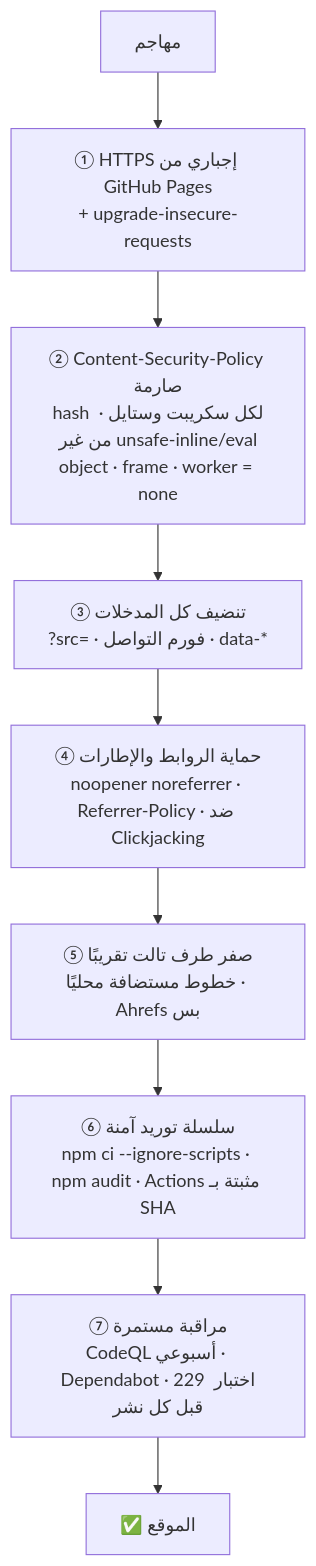
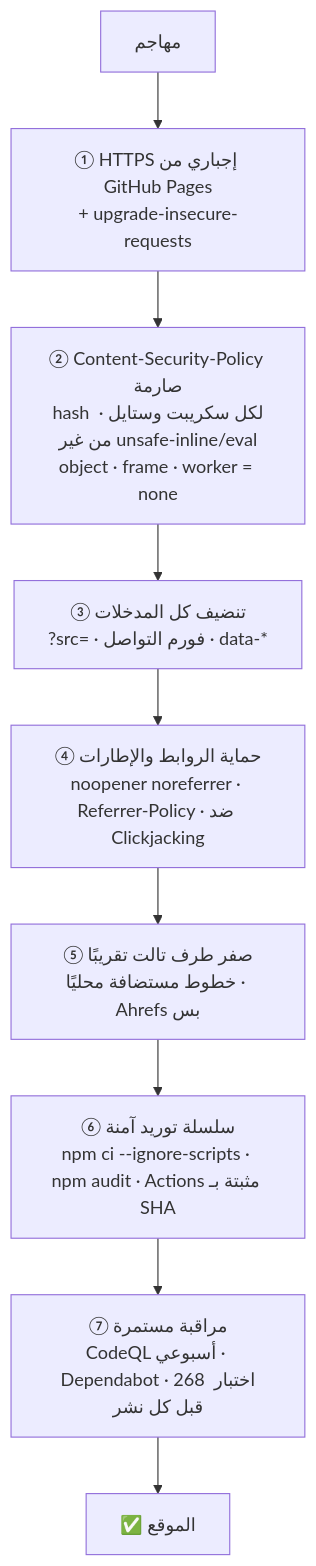
The second of 2 diagrams in docs/SECURITY-MODEL.md (atad-tech/atad-tech.github.io), drawn with Mermaid before and after one commit. The commit also changed 64 other files, not shown here.

````diff
--- a/docs/SECURITY-MODEL.md
+++ b/docs/SECURITY-MODEL.md
@@ -38,11 +38,11 @@
 ```mermaid
 flowchart TD
     A["مهاجم"] --> L1
     L1["① HTTPS إجباري من GitHub Pages<br/>+ upgrade-insecure-requests"] --> L2
     L2["② Content-Security-Policy صارمة<br/>hash لكل سكريبت وستايل · من غير unsafe-inline/eval<br/>object · frame · worker = none"] --> L3
     L3["③ تنضيف كل المدخلات<br/>?src= · فورم التواصل · data-*"] --> L4
     L4["④ حماية الروابط والإطارات<br/>noopener noreferrer · Referrer-Policy · ضد Clickjacking"] --> L5
     L5["⑤ صفر طرف تالت تقريبًا<br/>خطوط مستضافة محليًا · Ahrefs بس"] --> L6
     L6["⑥ سلسلة توريد آمنة<br/>npm ci --ignore-scripts · npm audit · Actions مثبتة بـ SHA"] --> L7
-    L7["⑦ مراقبة مستمرة<br/>CodeQL أسبوعي · Dependabot · 229 اختبار قبل كل نشر"] --> OK["✅ الموقع"]
+    L7["⑦ مراقبة مستمرة<br/>CodeQL أسبوعي · Dependabot · 268 اختبار قبل كل نشر"] --> OK["✅ الموقع"]
 ```
````
